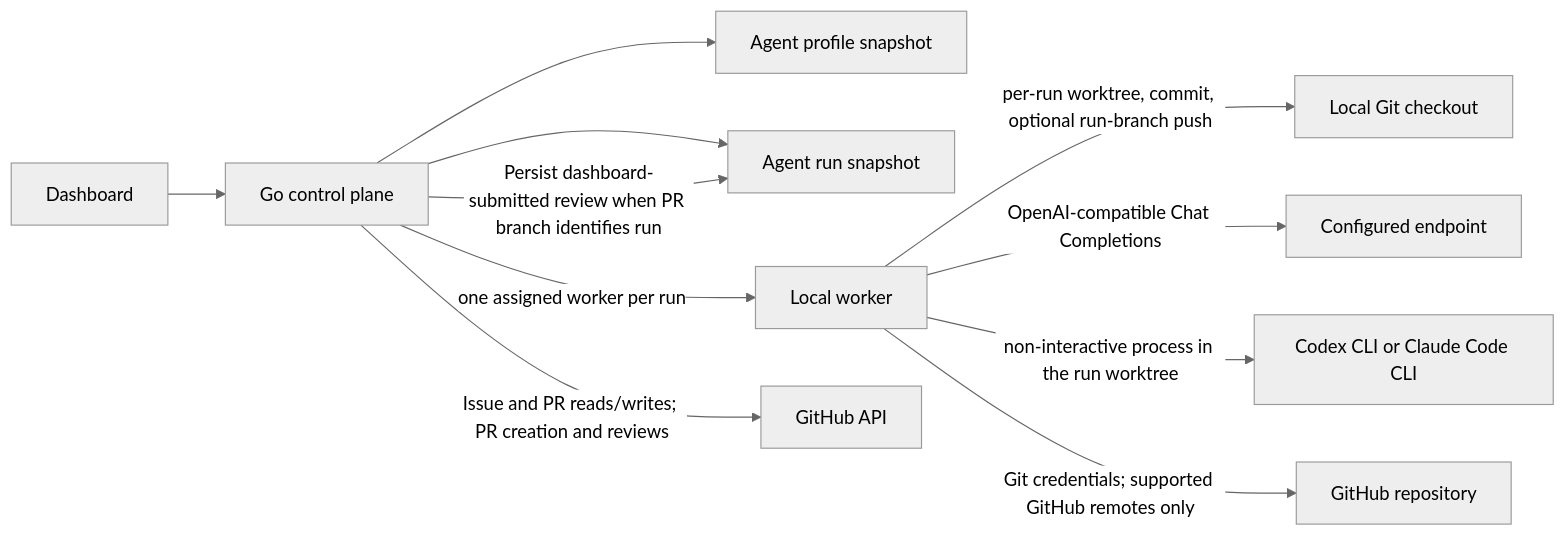
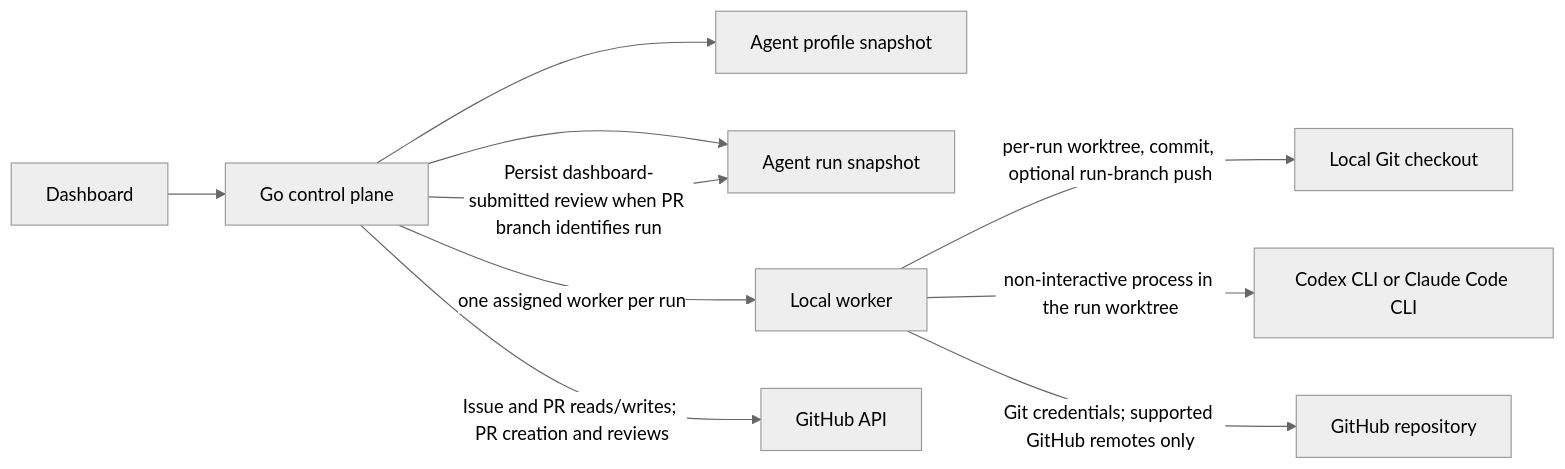
One commit to bogdaniel/zenchron-engineering-os changed the diagram in docs/architecture/architecture-checkpoint.md. Above: the diagram before and after it, drawn with Mermaid (neutral theme). The commit also changed other lines of this file and 16 other files, not shown here.

````diff
--- a/docs/architecture/architecture-checkpoint.md
+++ b/docs/architecture/architecture-checkpoint.md
@@ -43,13 +44,12 @@
 ```mermaid
 flowchart LR
     UI[Dashboard] --> API[Go control plane]
     API --> Profiles[Agent profile snapshot]
     API --> Runs[Agent run snapshot]
     API -->|one assigned worker per run| Worker[Local worker]
     Worker -->|per-run worktree, commit, optional run-branch push| Repo[Local Git checkout]
-    Worker -->|OpenAI-compatible Chat Completions| Model[Configured endpoint]
     Worker -->|non-interactive process in the run worktree| CLI[Codex CLI or Claude Code CLI]
     Worker -->|Git credentials; supported GitHub remotes only| GitHubRepo[GitHub repository]
     API -->|Issue and PR reads/writes; PR creation and reviews| GitHub[GitHub API]
     API -->|Persist dashboard-submitted review when PR branch identifies run| Runs
 ```
````
